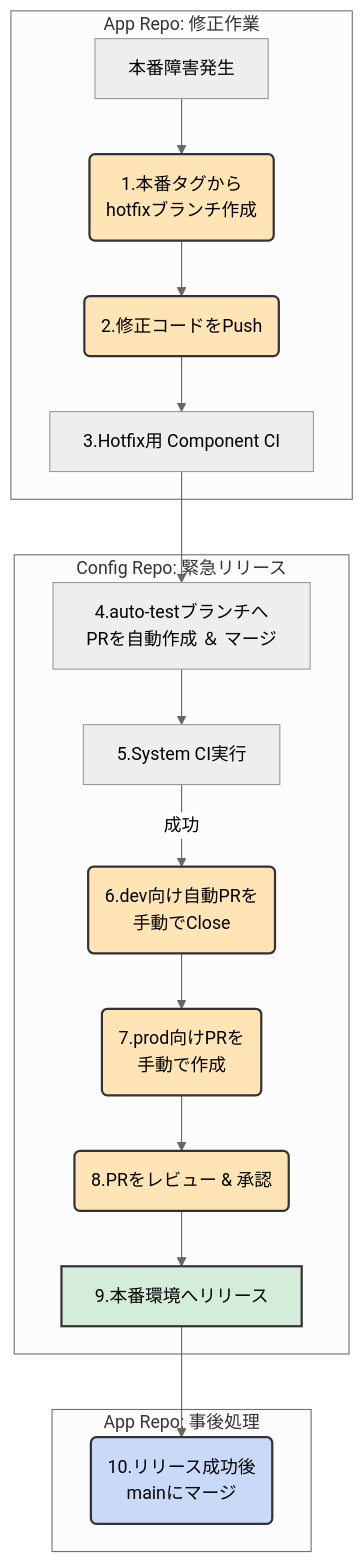
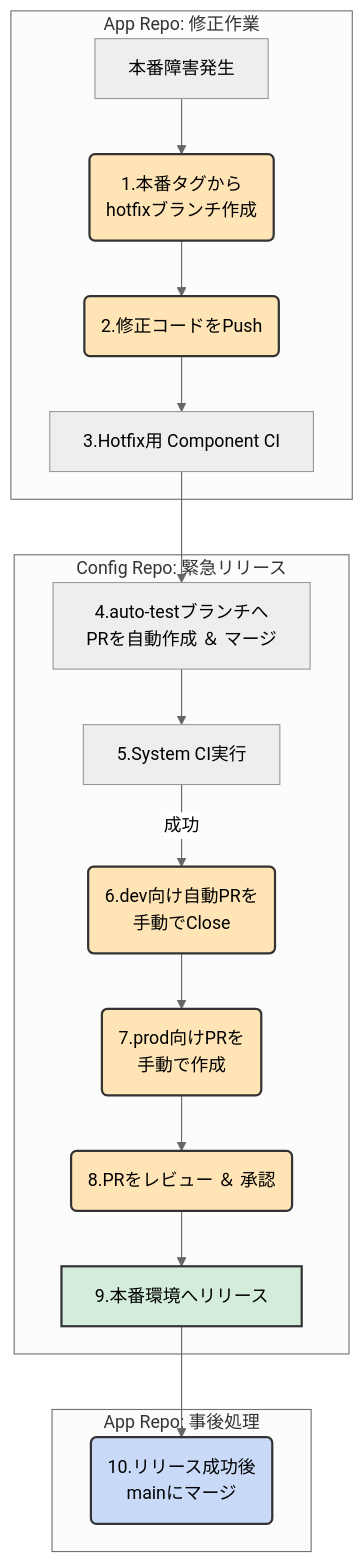
Before and after one commit to suwa-sh/zenn-contents: the second of 2 diagrams in articles/microservices_cicd_20250912.md, drawn with Mermaid (neutral theme).

````diff
--- a/articles/microservices_cicd_20250912.md
+++ b/articles/microservices_cicd_20250912.md
@@ -670,33 +670,33 @@
 ```mermaid
 flowchart TD
     subgraph "App Repo: 修正作業"
         A[本番障害発生] --> B(1.本番タグから<br>hotfixブランチ作成);
         B --> C(2.修正コードをPush);
         C --> D[3.Hotfix用 Component CI];
     end
 
     subgraph "Config Repo: 緊急リリース"
         E[4.auto-testブランチへ<br>PRを自動作成 ＆ マージ];
         E --> F[5.System CI実行];
         F -- 成功 --> G(6.dev向け自動PRを<br>手動でClose);
         G --> H(7.prod向けPRを<br>手動で作成);
-        H --> I(8.PRをレビュー & 承認);
+        H --> I(8.PRをレビュー ＆ 承認);
         I --> J[9.本番環境へリリース];
     end
 
     subgraph "App Repo: 事後処理"
          K(10.リリース成功後<br>mainにマージ);
     end
 
     D --> E;
     J --> K;
 
     %% スタイル定義: 手動作業をオレンジ、最終リリースを緑でハイライト
     style B fill:#FFE4B5,stroke:#333,stroke-width:2px
     style C fill:#FFE4B5,stroke:#333,stroke-width:2px
     style G fill:#FFE4B5,stroke:#333,stroke-width:2px
     style H fill:#FFE4B5,stroke:#333,stroke-width:2px
     style I fill:#FFE4B5,stroke:#333,stroke-width:2px
     style J fill:#D4EDDA,stroke:#333,stroke-width:2px
     style K fill:#C9DAF8,stroke:#333,stroke-width:2px
 ```
````
